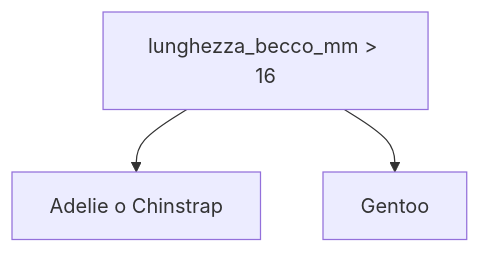
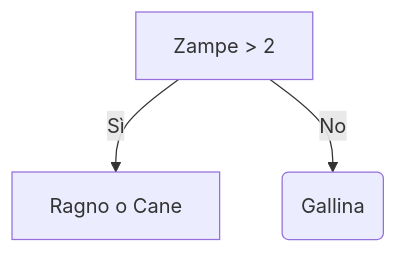
The fourth of 8 diagrams in docs/material/03_ml/06_trees/01_decision_trees.md (anhelus/pcs), drawn with Mermaid before and after one commit. The commit also changed other lines of this file and 9 other files, not shown here.

````diff
--- a/docs/material/03_ml/06_trees/01_decision_trees.md
+++ b/docs/material/03_ml/06_trees/01_decision_trees.md
@@ -97,5 +93,5 @@
 ```mermaid
-flowchart TD
-A["lunghezza_becco_mm > 16"] --> B[Adelie o Chinstrap]
-A --> C[Gentoo]
+flowchart TB
+  A["Zampe > 2"] -->|Sì| B["Ragno o Cane"]
+  A -->|No| C(Gallina)
 ```
````
